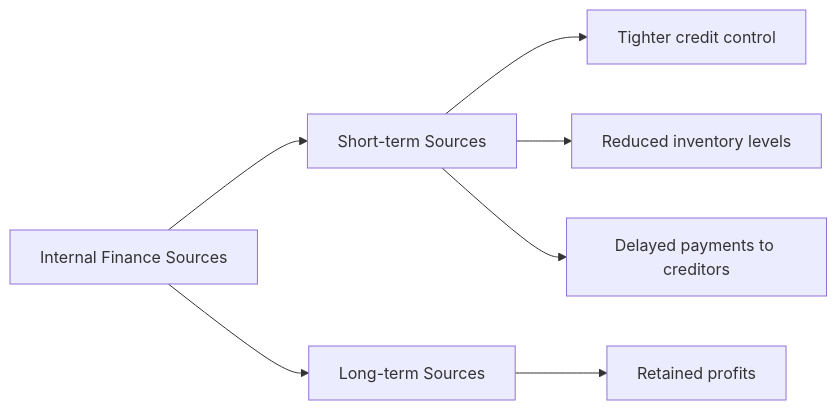
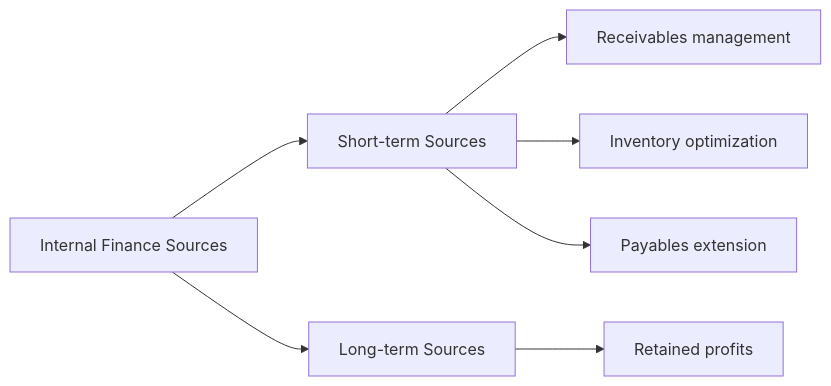
The second of 4 diagrams in slides/day2-morning-slides.qmd (quinfer/corp-fin-mgt), drawn with Mermaid before and after one commit. The commit also changed other lines of this file and 32 other files, not shown here.

````diff
--- a/slides/day2-morning-slides.qmd
+++ b/slides/day2-morning-slides.qmd
@@ -110,9 +102,9 @@
 ```{mermaid}
 flowchart LR
     A[Internal Finance Sources] --> B[Short-term Sources]
     A --> C[Long-term Sources]
-    B --> D[Tighter credit control]
-    B --> E[Reduced inventory levels]
-    B --> F[Delayed payments to creditors]
+    B --> D[Receivables management]
+    B --> E[Inventory optimization]
+    B --> F[Payables extension]
     C --> G[Retained profits]
 ```
````
